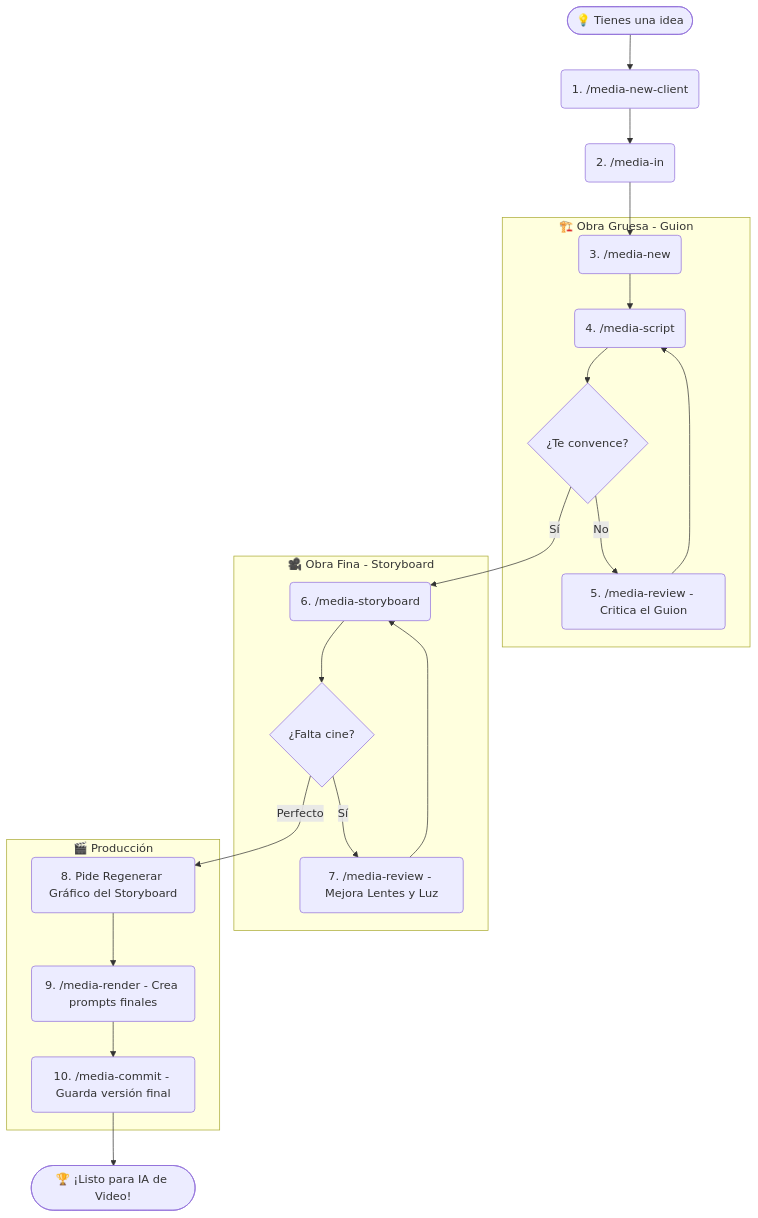
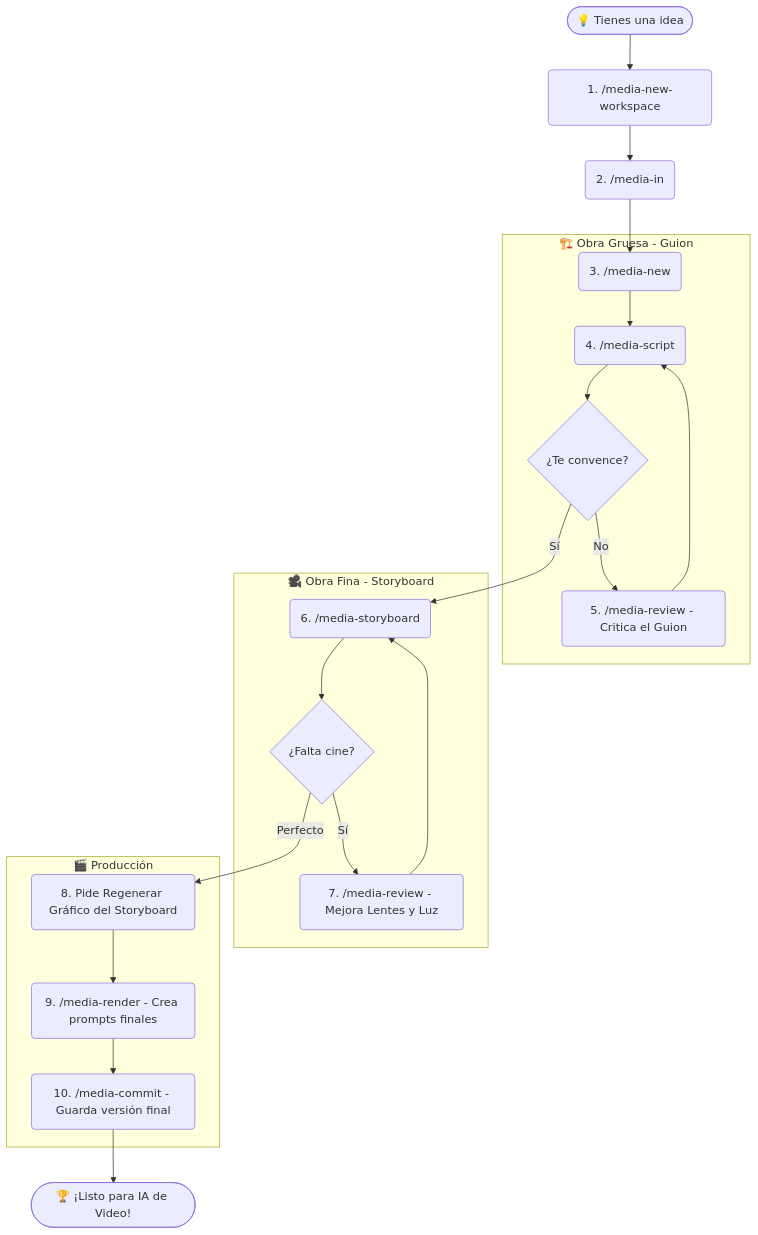
The second of 2 diagrams in docs/manual-del-usuario.md (LizAndrea/media-architect), drawn with Mermaid before and after one commit. The commit also changed other lines of this file and 81 other files, not shown here.

Commit message:
refactor: migrate client-based architecture to workspace-oriented structure and update supporting skills

````diff
--- a/docs/manual-del-usuario.md
+++ b/docs/manual-del-usuario.md
@@ -31,28 +31,28 @@
 ```mermaid
 flowchart TD
-    Start([💡 Tienes una idea]) --> C1(1. /media-new-client)
+    Start([💡 Tienes una idea]) --> C1(1. /media-new-workspace)
     C1 --> C2(2. /media-in)
     C2 --> C3(3. /media-new)
     
     subgraph ObraGruesa [🏗️ Obra Gruesa - Guion]
     C3 --> C4(4. /media-script)
     C4 --> R1{¿Te convence?}
     R1 -- No --> C5(5. /media-review - Critica el Guion)
     C5 --> C4
     end
     
     subgraph ObraFina [🎥 Obra Fina - Storyboard]
     R1 -- Sí --> C6(6. /media-storyboard)
     C6 --> R2{¿Falta cine?}
     R2 -- Sí --> C7(7. /media-review - Mejora Lentes y Luz)
     C7 --> C6
     end
     
     subgraph Produccion [🎬 Producción]
     R2 -- Perfecto --> C8(8. Pide Regenerar Gráfico del Storyboard)
     C8 --> C9(9. /media-render - Crea prompts finales)
     C9 --> C10(10. /media-commit - Guarda versión final)
     end
     
     C10 --> End([🏆 ¡Listo para IA de Video!])
 ```
````
